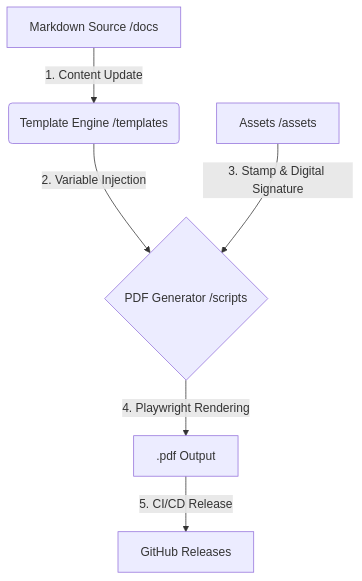
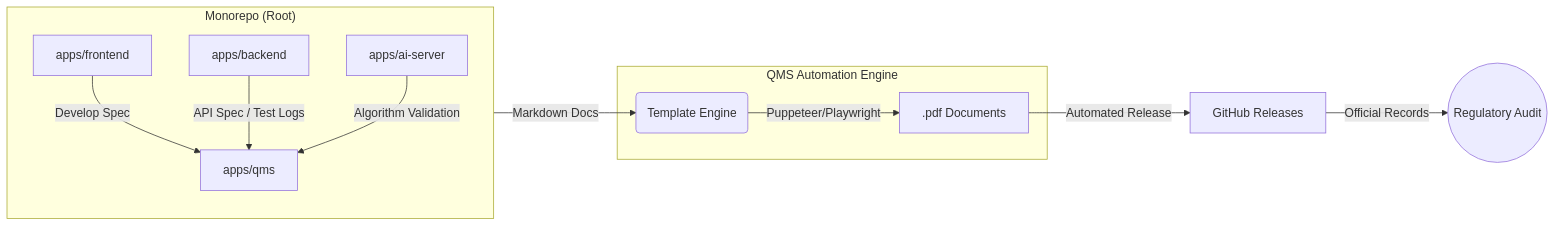
The diagram in README.md (mannMae/auto-qms-test), drawn with Mermaid before and after one commit. The commit also changed other lines of this file, not shown here.

Commit message:
Update README with full-stack service integration architecture diagram

````diff
--- a/README.md
+++ b/README.md
@@ -25,8 +25,22 @@
 ```mermaid
-graph TD
-    A[Markdown Source /docs] -- "1. Content Update" --> B(Template Engine /templates)
-    B -- "2. Variable Injection" --> C{PDF Generator /scripts}
-    D[Assets /assets] -- "3. Stamp & Digital Signature" --> C
-    C -- "4. Playwright Rendering" --> E[.pdf Output]
-    E -- "5. CI/CD Release" --> F[GitHub Releases]
+graph LR
+    subgraph Monorepo ["Monorepo (Root)"]
+        direction TB
+        F[apps/frontend]
+        B[apps/backend]
+        AI[apps/ai-server]
+        Q[apps/qms]
+    end
+
+    F -- "Develop Spec" --> Q
+    B -- "API Spec / Test Logs" --> Q
+    AI -- "Algorithm Validation" --> Q
+
+    subgraph QMS_Engine ["QMS Automation Engine"]
+        Q -- "Markdown Docs" --> TE(Template Engine)
+        TE -- "Puppeteer/Playwright" --> PDF[.pdf Documents]
+    end
+
+    PDF -- "Automated Release" --> REL[GitHub Releases]
+    REL -- "Official Records" --> AUDIT((Regulatory Audit))
 ```
````
